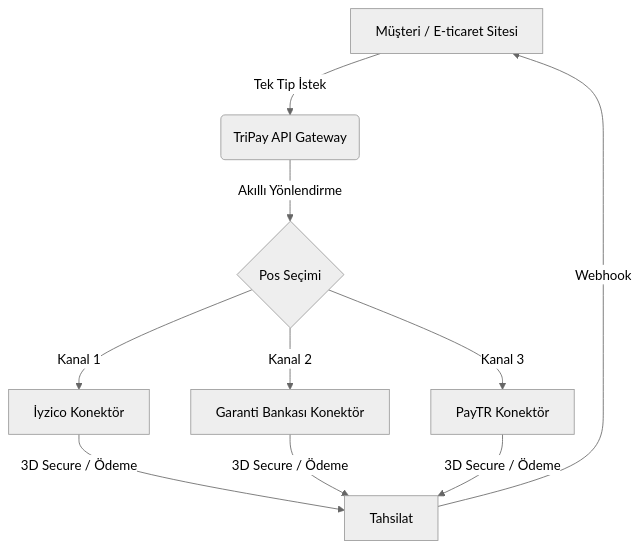
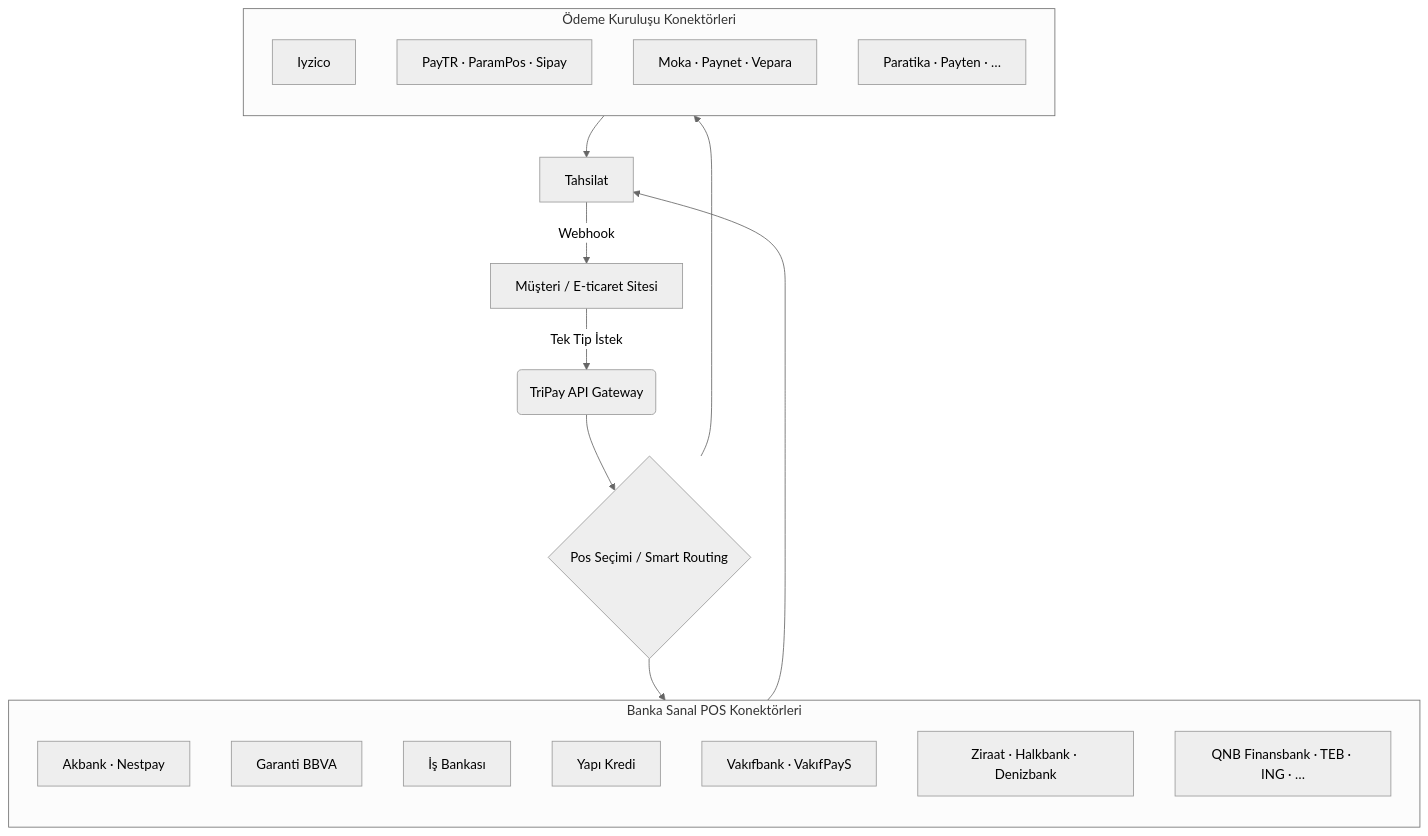
Before and after one commit to mehmetunal/tripay: the first of 7 diagrams in docs/TriPay_Proje_Dokumani.md, drawn with Mermaid (neutral theme). The commit also changed other lines of this file and 1 other file, not shown here.

````diff
--- a/docs/TriPay_Proje_Dokumani.md
+++ b/docs/TriPay_Proje_Dokumani.md
@@ -135,10 +135,29 @@
 ```mermaid
 flowchart TD
     A[Müşteri / E-ticaret Sitesi] -->|Tek Tip İstek| B(TriPay API Gateway)
-    B -->|Akıllı Yönlendirme| C{Pos Seçimi}
-    C -->|Kanal 1| D[İyzico Konektör]
-    C -->|Kanal 2| E[Garanti Bankası Konektör]
-    C -->|Kanal 3| F[PayTR Konektör]
-    D & E & F -->|3D Secure / Ödeme| G[Tahsilat]
+    B --> C{Pos Seçimi / Smart Routing}
+    C --> BANK
+    C --> KURULUS
+    BANK --> G[Tahsilat]
+    KURULUS --> G
     G -->|Webhook| A
+
+    subgraph BANK["Banka Sanal POS Konektörleri"]
+        direction TB
+        B1[Akbank · Nestpay]
+        B2[Garanti BBVA]
+        B3[İş Bankası]
+        B4[Yapı Kredi]
+        B5[Vakıfbank · VakıfPayS]
+        B6[Ziraat · Halkbank · Denizbank]
+        B7[QNB Finansbank · TEB · ING · …]
+    end
+
+    subgraph KURULUS["Ödeme Kuruluşu Konektörleri"]
+        direction TB
+        K1[Iyzico]
+        K2[PayTR · ParamPos · Sipay]
+        K3[Moka · Paynet · Vepara]
+        K4[Paratika · Payten · …]
+    end
 ```
````
